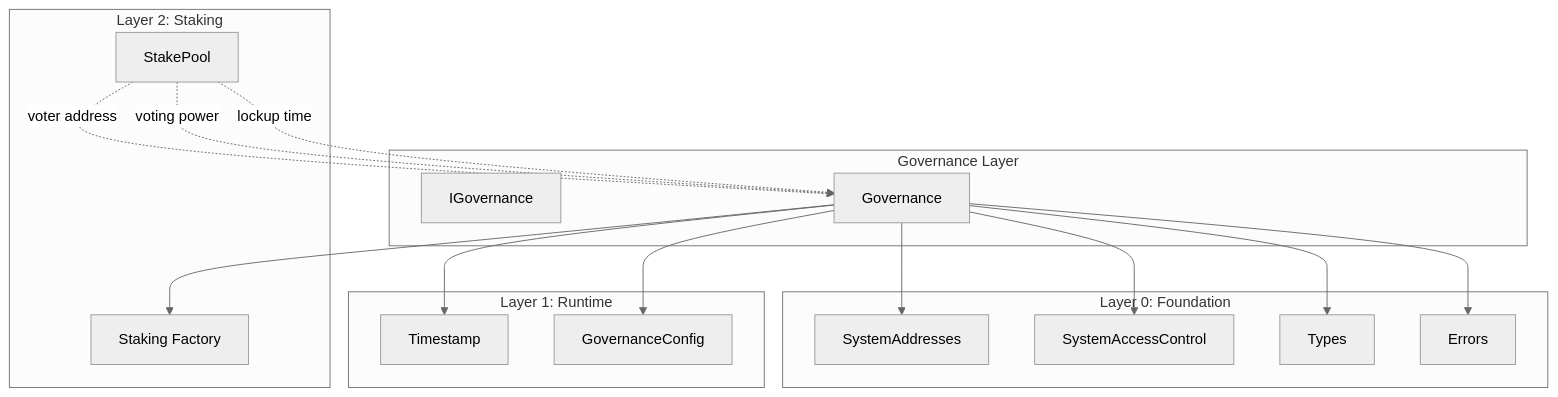
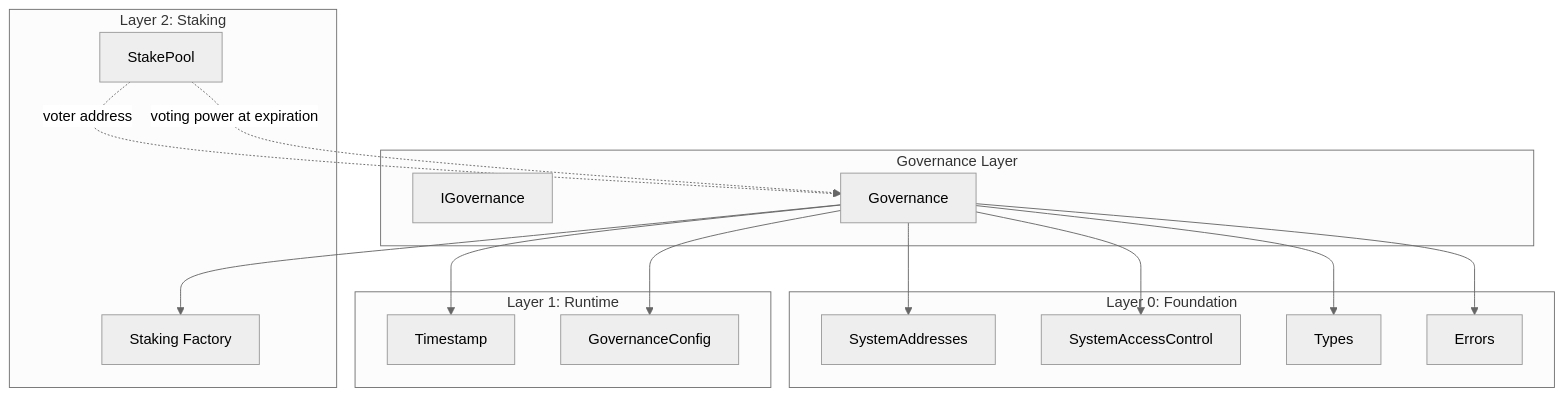
One commit to Galxe/gravity_chain_core_contracts changed the diagram in spec_v2/governance.spec.md. Above: the diagram before and after it, drawn with Mermaid (neutral theme). The commit also changed other lines of this file and 6 other files, not shown here.

First line of the commit message:
feat: integrate voting power with lockup expiration

````diff
--- a/spec_v2/governance.spec.md
+++ b/spec_v2/governance.spec.md
@@ -69,36 +69,35 @@
 ```mermaid
 graph TD
     subgraph Foundation[Layer 0: Foundation]
         SA[SystemAddresses]
         SAC[SystemAccessControl]
         T[Types]
         E[Errors]
     end
 
     subgraph Runtime[Layer 1: Runtime]
         TS[Timestamp]
         GC[GovernanceConfig]
     end
 
     subgraph Staking[Layer 2: Staking]
         S[Staking Factory]
         SP[StakePool]
     end
 
     subgraph GovernanceLayer[Governance Layer]
         IG[IGovernance]
         G[Governance]
     end
 
     G --> SA
     G --> SAC
     G --> T
     G --> E
     G --> TS
     G --> GC
     G --> S
 
     SP -.->|voter address| G
-    SP -.->|voting power| G
-    SP -.->|lockup time| G
+    SP -.->|voting power at expiration| G
 ```
````
